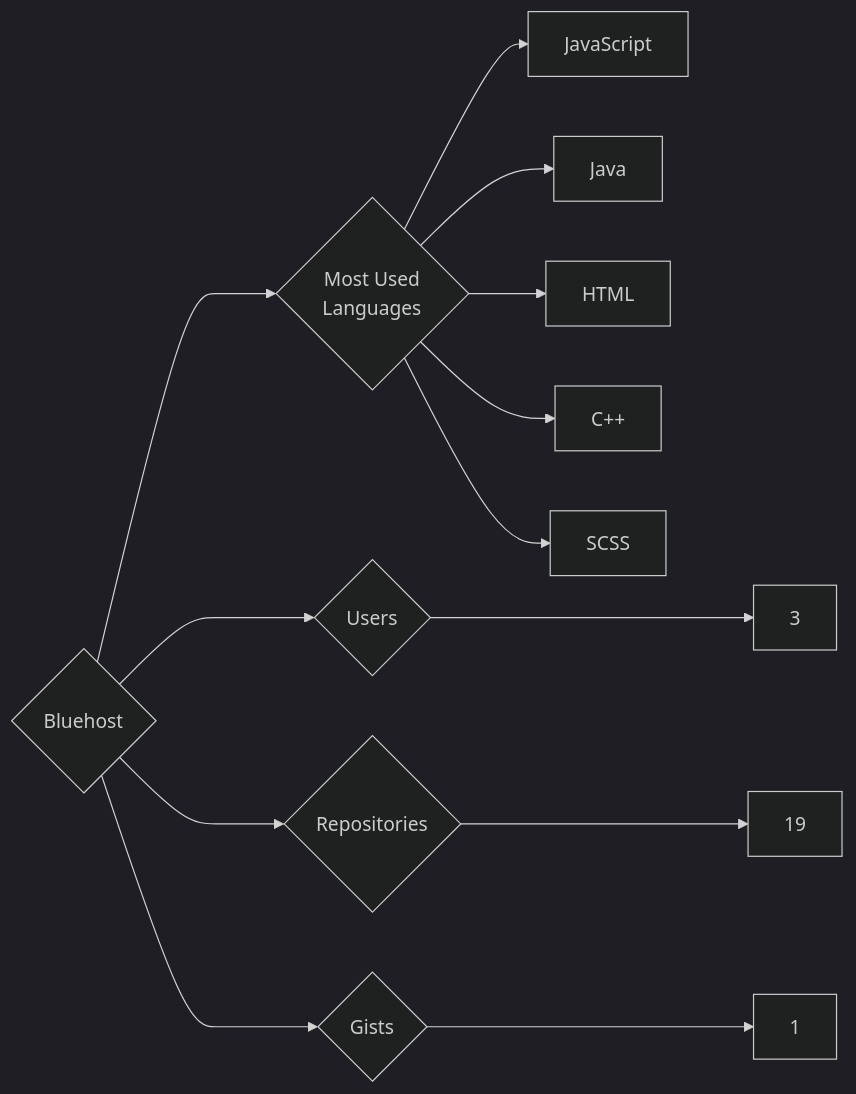
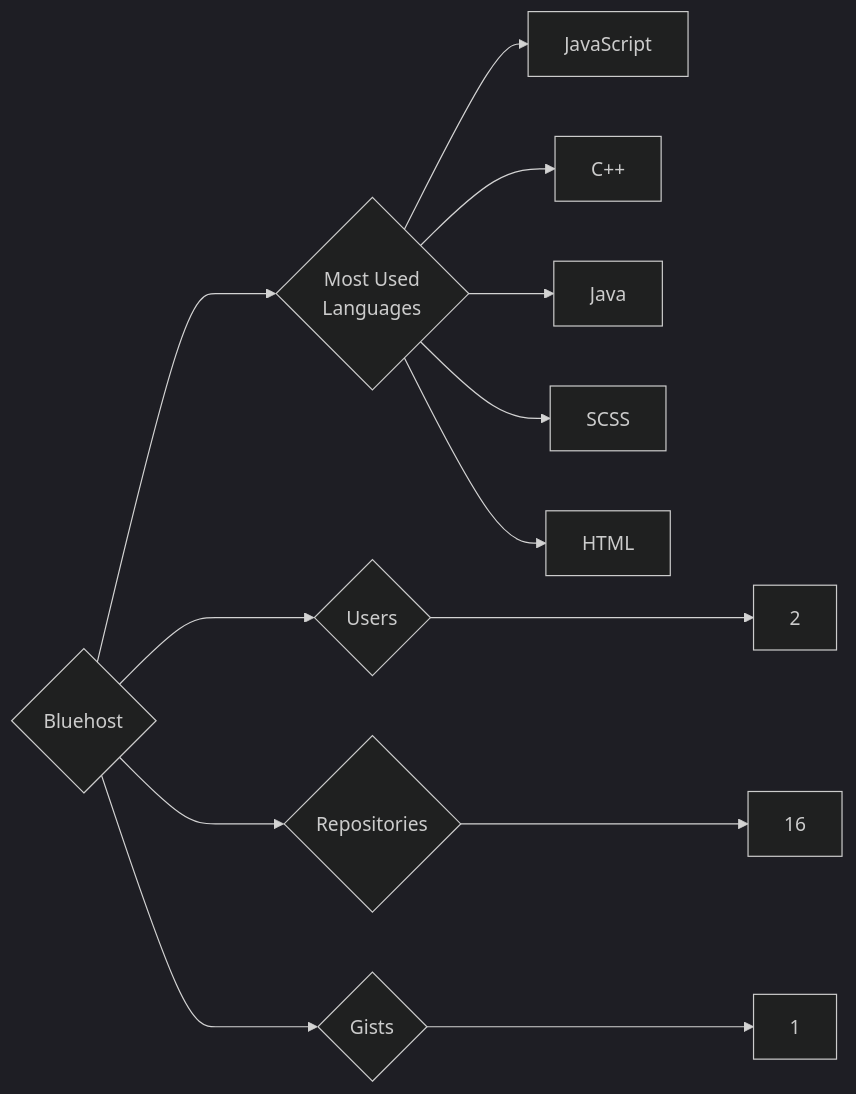
One commit to trickest/insiders changed the diagram in targets/Bluehost/README.md. Above: the diagram before and after it, drawn with Mermaid (dark theme). The commit also changed 1078 other files, not shown here.

````diff
--- a/targets/Bluehost/README.md
+++ b/targets/Bluehost/README.md
@@ -3,13 +3,13 @@
 ```mermaid
 graph LR
 COMPANY_NAME{Bluehost}
-COMPANY_NAME ---> U{Users} ---> UN[3]
-COMPANY_NAME ---> R{Repositories} ---> RN[19]
+COMPANY_NAME ---> U{Users} ---> UN[2]
+COMPANY_NAME ---> R{Repositories} ---> RN[16]
 COMPANY_NAME ---> G{Gists} ---> GN[1]
 COMPANY_NAME ---> ML{Most Used<br>Languages}
 ML --> JavaScript[JavaScript]
+ML --> C++[C++]
 ML --> Java[Java]
+ML --> SCSS[SCSS]
 ML --> HTML[HTML]
-ML --> C++[C++]
-ML --> SCSS[SCSS]
 ```
````
